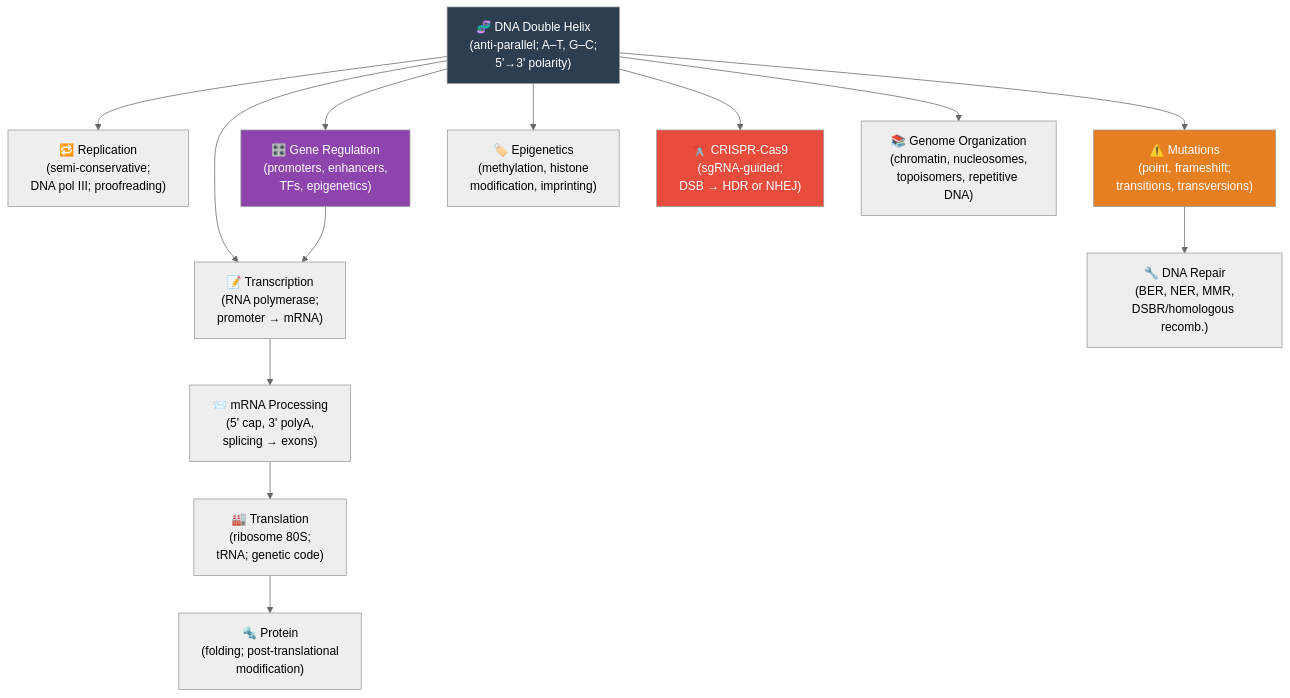
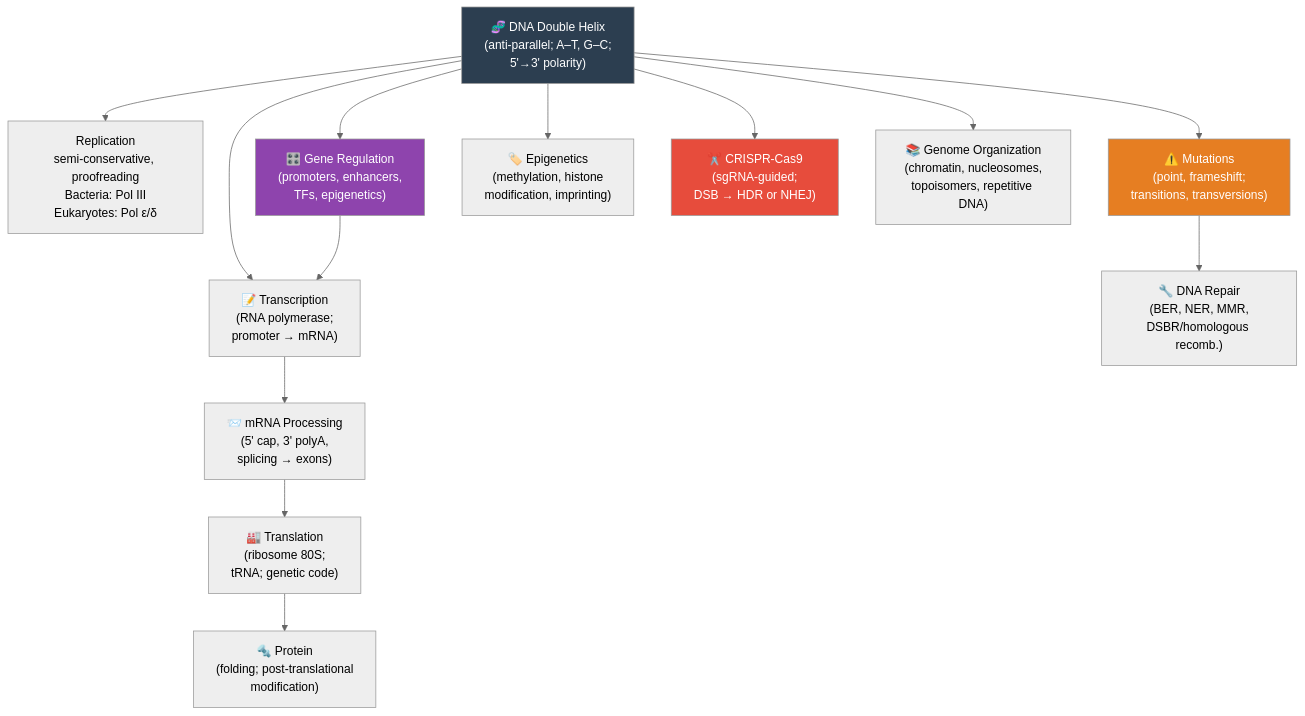
One commit to docxology/biology_textbook changed the diagram in docs/manuscript/unit_IV/unit_intro.md. Above: the diagram before and after it, drawn with Mermaid (neutral theme). The commit also changed other lines of this file and 444 other files, not shown here.

````diff
--- a/docs/manuscript/unit_IV/unit_intro.md
+++ b/docs/manuscript/unit_IV/unit_intro.md
@@ -45,25 +45,25 @@
 ```mermaid
 graph TD
-    DNA["🧬 DNA Double Helix<br/>(anti-parallel; A–T, G–C;<br/>5'→3' polarity)"] --> REP["🔁 Replication<br/>(semi-conservative;<br/>DNA pol III; proofreading)"]
+    DNA["🧬 DNA Double Helix<br/>(anti-parallel; A–T, G–C;<br/>5'→3' polarity)"] --> REP["Replication<br/>semi-conservative, proofreading<br/>Bacteria: Pol III<br/>Eukaryotes: Pol ε/δ"]
     DNA --> TRANS["📝 Transcription<br/>(RNA polymerase;<br/>promoter → mRNA)"]
 
     TRANS --> mRNA["📨 mRNA Processing<br/>(5' cap, 3' polyA,<br/>splicing → exons)"]
     mRNA --> TRNSL["🏭 Translation<br/>(ribosome 80S;<br/>tRNA; genetic code)"]
     TRNSL --> PROT["🔩 Protein<br/>(folding; post-translational<br/>modification)"]
 
     DNA --> REG["🎛️ Gene Regulation<br/>(promoters, enhancers,<br/>TFs, epigenetics)"]
     REG --> TRANS
 
     DNA --> MUT["⚠️ Mutations<br/>(point, frameshift;<br/>transitions, transversions)"]
     MUT --> REPAIR["🔧 DNA Repair<br/>(BER, NER, MMR,<br/>DSBR/homologous recomb.)"]
     DNA --> EPIGEN["🏷️ Epigenetics<br/>(methylation, histone<br/>modification, imprinting)"]
 
     DNA --> CRISPR["✂️ CRISPR-Cas9<br/>(sgRNA-guided;<br/>DSB → HDR or NHEJ)"]
 
     DNA --> GENOME["📚 Genome Organization<br/>(chromatin, nucleosomes,<br/>topoisomers, repetitive DNA)"]
 
     style DNA fill:#2c3e50,color:#fff
     style CRISPR fill:#e74c3c,color:#fff
     style REG fill:#8e44ad,color:#fff
     style MUT fill:#e67e22,color:#fff
 ```
````
